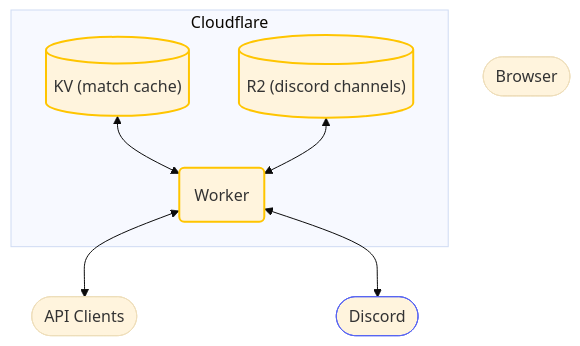
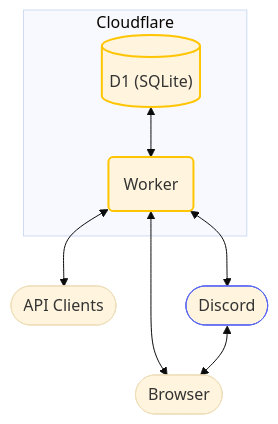
One commit to beeequeue/dota-matches-api changed the diagram in README.md. Above: the diagram before and after it, drawn with Mermaid (base theme). The commit also changed other lines of this file and 28 other files, not shown here.

````diff
--- a/README.md
+++ b/README.md
@@ -51,23 +48,22 @@
 ```mermaid
 flowchart TD
   api([API Clients])
   browser([Browser])
   worker(Worker):::cf
   discord([Discord]):::discord
-  kv[("KV (match cache)")]:::cf
-  r2[("R2 (discord channels)")]:::cf
+  d1[("D1 (SQLite)")]:::cf
 
   classDef cf stroke:#FFC500,stroke-width:2px
   classDef discord stroke:#5865F2
 
   subgraph Cloudflare
     worker
-    kv
-    r2
+    d1
   end
 
-  kv <--> worker
-  r2 <--> worker
+  d1 <--> worker
   worker <--> api
   worker <--> discord
+  worker <--> browser
+  discord <--> browser
 ```
````
